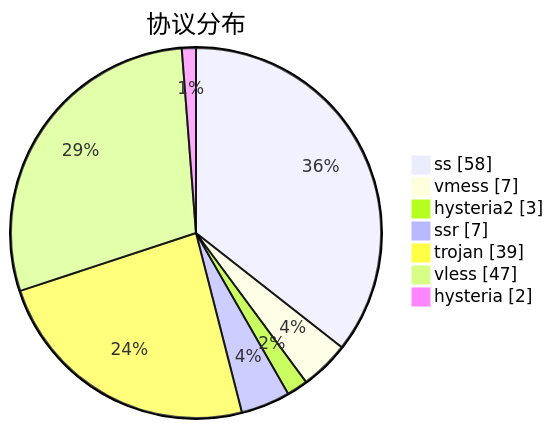
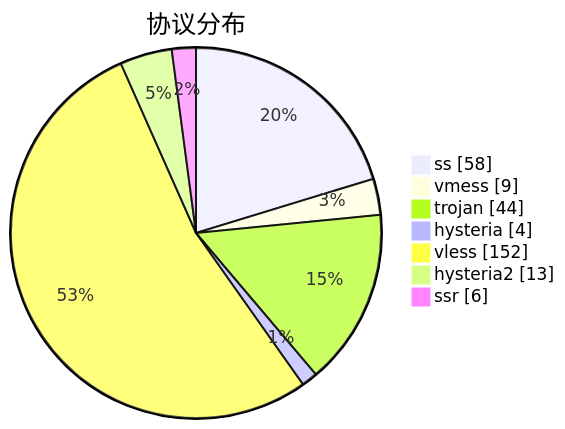
The third of 3 diagrams in subs/statistics/tested_within.md (sinspired/airport), drawn with Mermaid before and after one commit. The commit also changed other lines of this file and 2 other files, not shown here.

````diff
--- a/subs/statistics/tested_within.md
+++ b/subs/statistics/tested_within.md
@@ -31,11 +39,11 @@
 ```mermaid
 pie showData
 title 协议分布
 "ss" : 58
-"vmess" : 7
-"hysteria2" : 3
-"ssr" : 7
-"trojan" : 39
-"vless" : 47
-"hysteria" : 2
+"vmess" : 9
+"trojan" : 44
+"hysteria" : 4
+"vless" : 152
+"hysteria2" : 13
+"ssr" : 6
 ```
````
